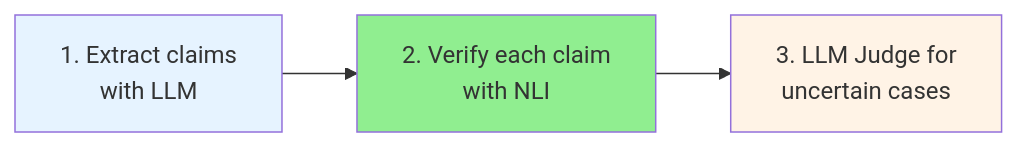
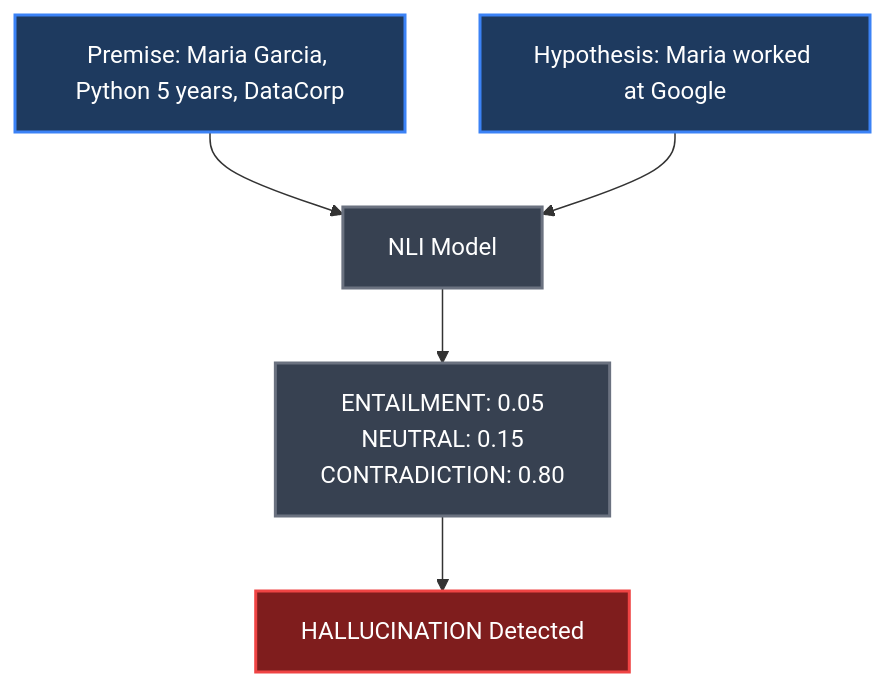
Diagram 20 of 22 in docs/roadmap/RAG_V6.md (RaulJuliosIglesias/ai-powered_cv_screener), drawn with Mermaid before and after one commit. The commit also changed other lines of this file, not shown here.

````diff
--- a/docs/roadmap/RAG_V6.md
+++ b/docs/roadmap/RAG_V6.md
@@ -468,9 +471,13 @@
 ```mermaid
-flowchart LR
-    A["1. Extract claims<br/>with LLM"] --> B["2. Verify each claim<br/>with NLI"]
-    B --> C["3. LLM Judge for<br/>uncertain cases"]
+flowchart TB
+    A["Premise: Maria Garcia, Python 5 years, DataCorp"] --> B[NLI Model]
+    C["Hypothesis: Maria worked at Google"] --> B
+    B --> D["ENTAILMENT: 0.05<br/>NEUTRAL: 0.15<br/>CONTRADICTION: 0.80"]
+    D --> E[HALLUCINATION Detected]
     
-    style A fill:#e6f3ff
-    style B fill:#90EE90
-    style C fill:#fff3e6
+    style A fill:#1e3a5f,stroke:#3b82f6,stroke-width:2px,color:#ffffff
+    style B fill:#374151,stroke:#6b7280,stroke-width:2px,color:#ffffff
+    style C fill:#1e3a5f,stroke:#3b82f6,stroke-width:2px,color:#ffffff
+    style D fill:#374151,stroke:#6b7280,stroke-width:2px,color:#ffffff
+    style E fill:#7f1d1d,stroke:#ef4444,stroke-width:2px,color:#ffffff
 ```
````
